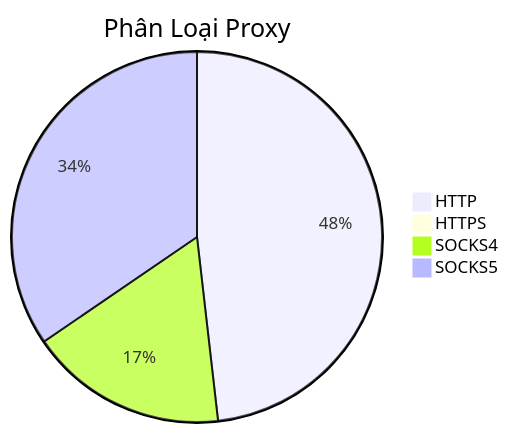
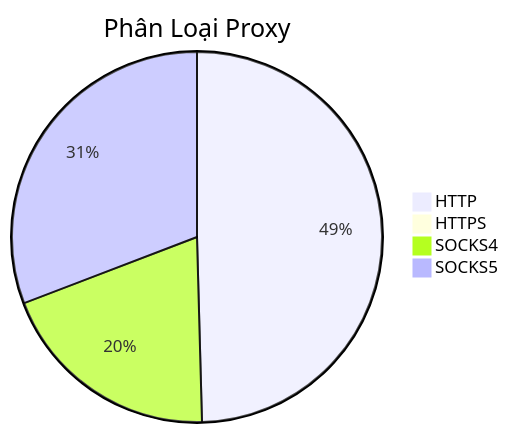
The diagram in README.md (Ciara-12/PROXY-free), drawn with Mermaid before and after one commit. The commit also changed other lines of this file and 4 other files, not shown here.

````diff
--- a/README.md
+++ b/README.md
@@ -26,7 +26,7 @@
 ```mermaid
 pie title Phân Loại Proxy
-    "HTTP" : 424
-    "HTTPS" : 8
-    "SOCKS4" : 152
-    "SOCKS5" : 304
+    "HTTP" : 518
+    "HTTPS" : 3
+    "SOCKS4" : 205
+    "SOCKS5" : 322
 ```
````
